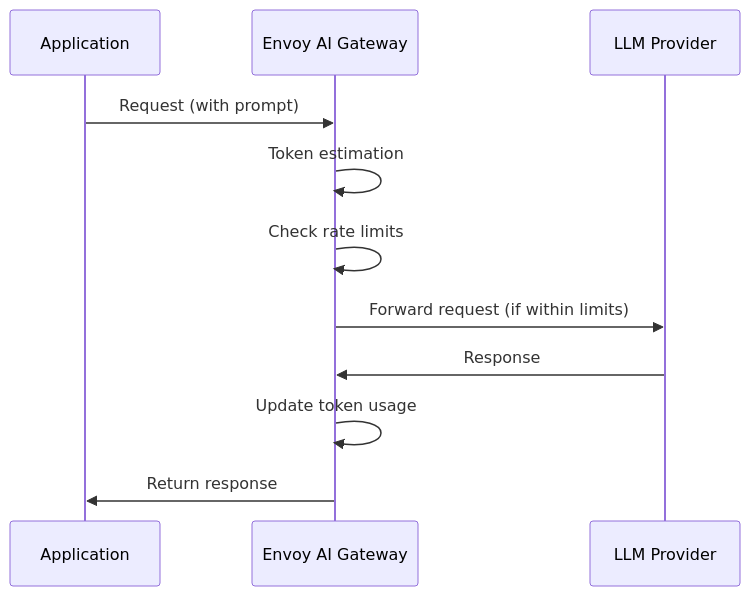
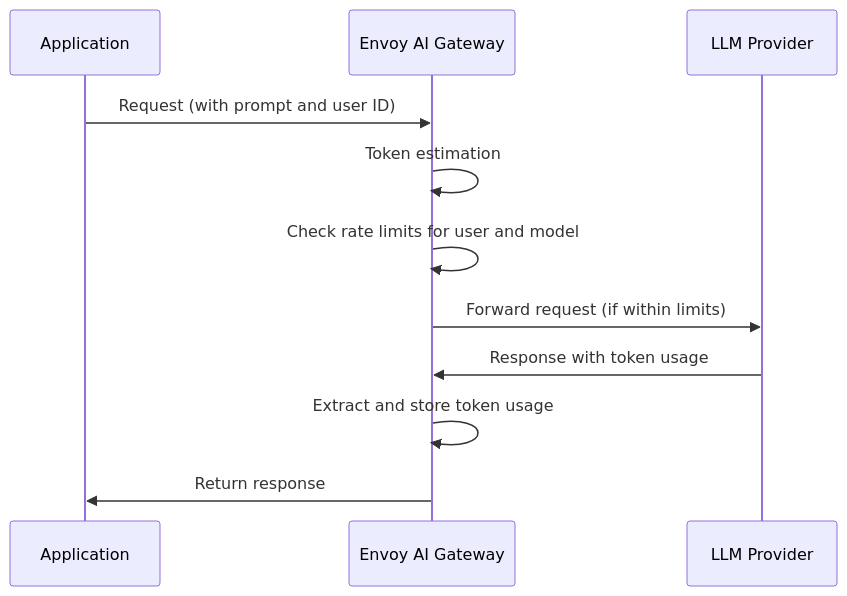
The sixth of 7 diagrams in _posts/2025-03-20-securing-optimizing-multi-agent-ai-with-envoy-gateway.md (saptak/saptak.github.io), drawn with Mermaid before and after one commit. The commit also changed other lines of this file, not shown here.

Commit message:
Updated Envoy AI Gateway blog

````diff
--- a/_posts/2025-03-20-securing-optimizing-multi-agent-ai-with-envoy-gateway.md
+++ b/_posts/2025-03-20-securing-optimizing-multi-agent-ai-with-envoy-gateway.md
@@ -237,14 +254,14 @@
 ```mermaid
 sequenceDiagram
     participant App as Application
     participant Gateway as Envoy AI Gateway
     participant LLM as LLM Provider
     
-    App->>Gateway: Request (with prompt)
+    App->>Gateway: Request (with prompt and user ID)
     Gateway->>Gateway: Token estimation
-    Gateway->>Gateway: Check rate limits
+    Gateway->>Gateway: Check rate limits for user and model
     Gateway->>LLM: Forward request (if within limits)
-    LLM->>Gateway: Response
-    Gateway->>Gateway: Update token usage
+    LLM->>Gateway: Response with token usage
+    Gateway->>Gateway: Extract and store token usage
     Gateway->>App: Return response
 ```
````
